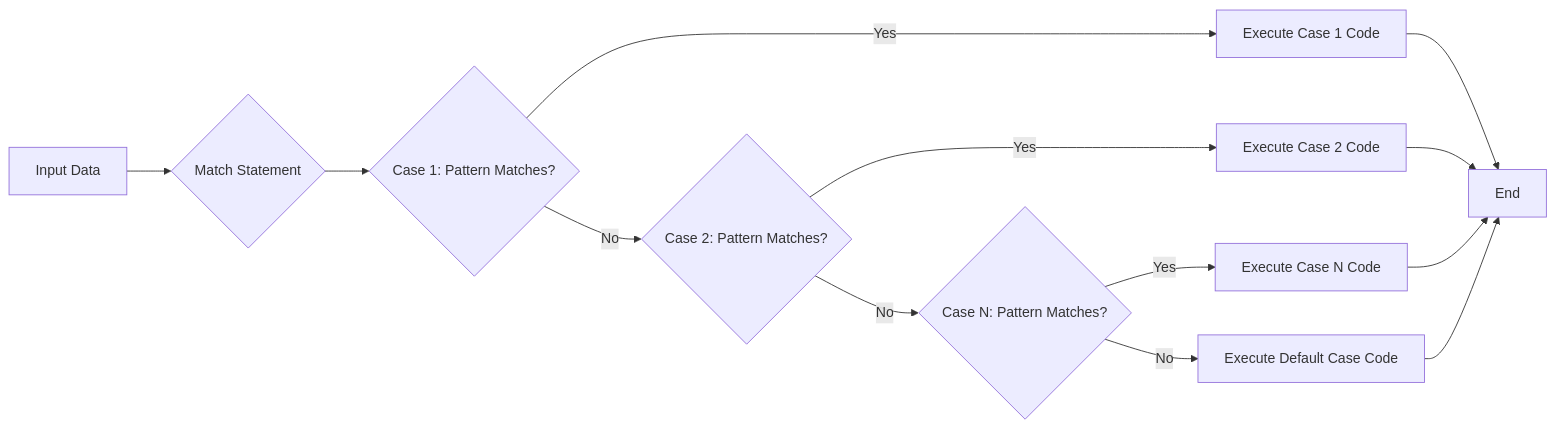
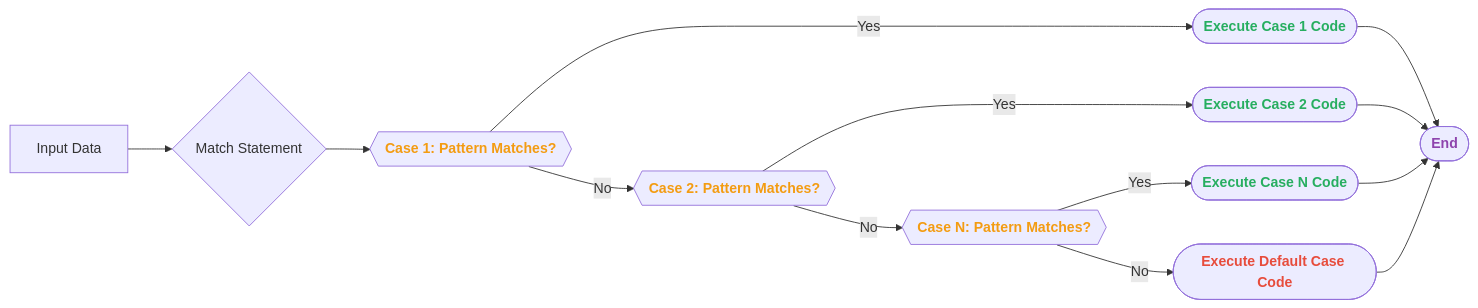
One commit to infoyouth/infoyouth.github.io changed the fourth of 4 diagrams in _posts/python/2025-10-28-07.-python-control-flow---conditional-statements.md. Above: the diagram before and after it, drawn with Mermaid. The commit also changed other lines of this file, not shown here.

````diff
--- a/_posts/python/2025-10-28-07.-python-control-flow---conditional-statements.md
+++ b/_posts/python/2025-10-28-07.-python-control-flow---conditional-statements.md
@@ -422,15 +436,15 @@
 ```mermaid
 graph LR
     A[Input Data] --> B{Match Statement};
-    B --> C{Case 1: Pattern Matches?};
-    C -- Yes --> D[Execute Case 1 Code];
-    C -- No --> E{Case 2: Pattern Matches?};
-    E -- Yes --> F[Execute Case 2 Code];
-    E -- No --> G{Case N: Pattern Matches?};
-    G -- Yes --> H[Execute Case N Code];
-    G -- No --> I[Execute Default Case Code];
-    D --> J[End];
+    B --> C{{<b style='color:#f39c12'>Case 1: Pattern Matches?</b>}};
+    C -- Yes --> D([<b style='color:#27ae60'>Execute Case 1 Code</b>]);
+    C -- No --> E{{<b style='color:#f39c12'>Case 2: Pattern Matches?</b>}};
+    E -- Yes --> F([<b style='color:#27ae60'>Execute Case 2 Code</b>]);
+    E -- No --> G{{<b style='color:#f39c12'>Case N: Pattern Matches?</b>}};
+    G -- Yes --> H([<b style='color:#27ae60'>Execute Case N Code</b>]);
+    G -- No --> I([<b style='color:#e74c3c'>Execute Default Case Code</b>]);
+    D --> J([<b style='color:#8e44ad'>End</b>]);
     F --> J;
     H --> J;
     I --> J;
 ```
````
